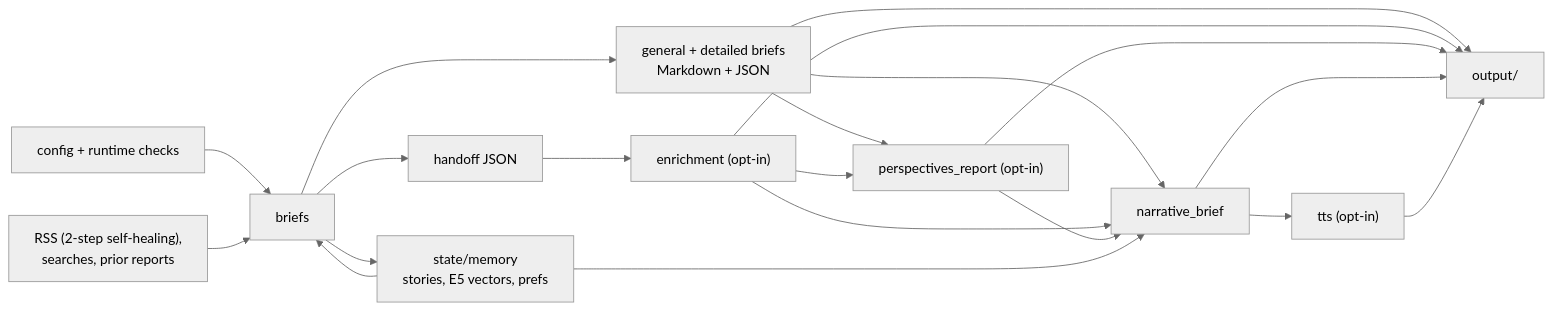
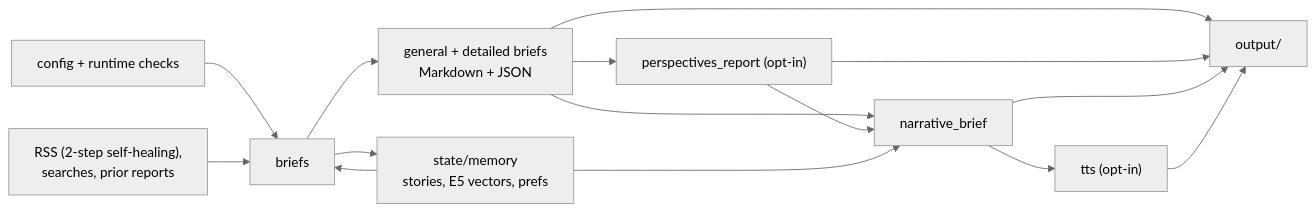
Before and after one commit to HorizonEngine24798/MyDailyNews: the first of 2 diagrams in docs/architecture.md, drawn with Mermaid (neutral theme). The commit also changed other lines of this file and 68 other files, not shown here.

````diff
--- a/docs/architecture.md
+++ b/docs/architecture.md
@@ -17,22 +17,17 @@
 ```mermaid
 flowchart LR
     CONFIG["config + runtime checks"] --> BRIEFS["briefs"]
     SOURCES["RSS (2-step self-healing),<br/>searches, prior reports"] --> BRIEFS
     MEMORY["state/memory<br/>stories, E5 vectors, prefs"] --> BRIEFS
     BRIEFS --> STRUCTURED["general + detailed briefs<br/>Markdown + JSON"]
-    BRIEFS --> HANDOFF["handoff JSON"]
-    HANDOFF --> ENRICH["enrichment (opt-in)"]
     STRUCTURED --> PERSPECTIVES["perspectives_report (opt-in)"]
-    ENRICH --> PERSPECTIVES
     STRUCTURED --> NARRATIVE["narrative_brief"]
-    ENRICH --> NARRATIVE
     PERSPECTIVES --> NARRATIVE
     MEMORY --> NARRATIVE
     NARRATIVE --> TTS["tts (opt-in)"]
     STRUCTURED --> OUTPUT["output/"]
-    ENRICH --> OUTPUT
     PERSPECTIVES --> OUTPUT
     NARRATIVE --> OUTPUT
     TTS --> OUTPUT
     BRIEFS --> MEMORY
 ```
````
